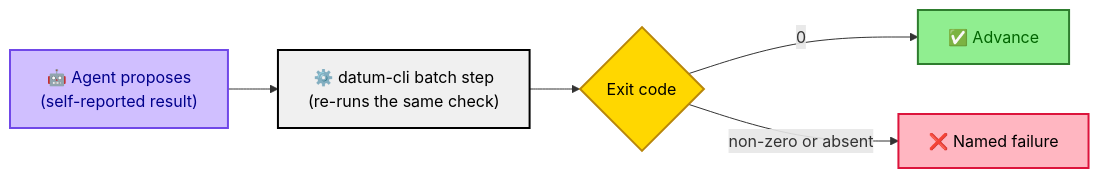
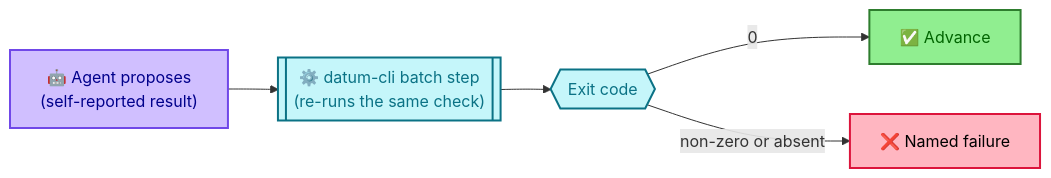
One commit to gitrdunhq/datum changed the first of 4 diagrams in docs/FLOW.md. Above: the diagram before and after it, drawn with Mermaid. The commit also changed other lines of this file, not shown here.

First line of the commit message:
docs(flow): lane diagram reflects the spec file, read witness, reset gate and refusal naming; deterministic steps styled apart

````diff
--- a/docs/FLOW.md
+++ b/docs/FLOW.md
@@ -19,25 +19,23 @@
 ```mermaid
 flowchart LR
     Agent["🤖 Agent proposes<br/>(self-reported result)"]
-    Batch["⚙️ datum-cli batch step<br/>(re-runs the same check)"]
-    Decide{"Exit code"}
+    Batch[["⚙️ datum-cli batch step<br/>(re-runs the same check)"]]
+    Decide{{"Exit code"}}
     Pass["✅ Advance"]
     Fail["❌ Named failure"]
 
     Agent --> Batch
     Batch --> Decide
     Decide -->|"0"| Pass
     Decide -->|"non-zero or absent"| Fail
 
     classDef service fill:#d0bfff,stroke:#7048e8,stroke-width:2px,color:darkblue
-    classDef normal fill:#F0F0F0,stroke:#000000,stroke-width:2px,color:black
-    classDef decision fill:#FFD700,stroke:#B8860B,stroke-width:2px,color:black
+    classDef deterministic fill:#c5f6fa,stroke:#0b7285,stroke-width:2px,color:#0b7285
     classDef success fill:#90EE90,stroke:#2E7D2E,stroke-width:2px,color:darkgreen
     classDef error fill:#FFB6C1,stroke:#DC143C,stroke-width:2px,color:black
 
     class Agent service
-    class Batch normal
-    class Decide decision
+    class Batch,Decide deterministic
     class Pass success
     class Fail error
 ```
````
